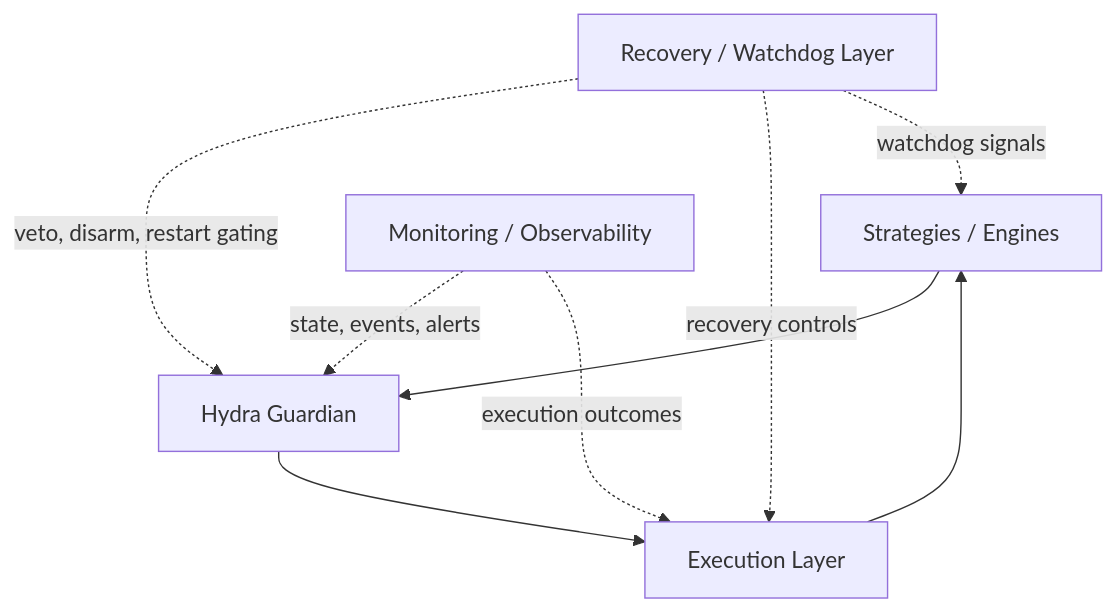
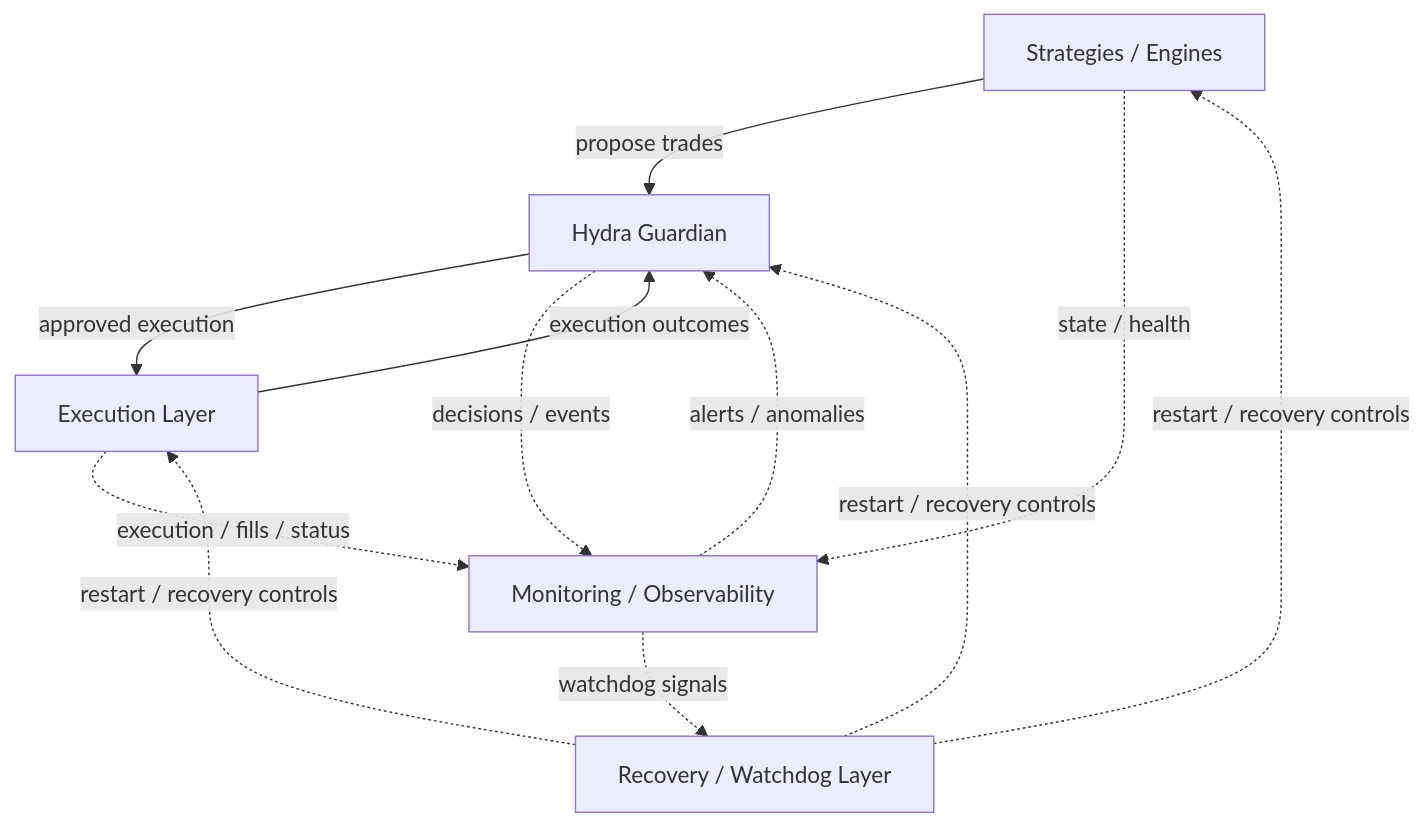
Before and after one commit to HydraSystemsLab/hydra-core: the diagram in README.md, drawn with Mermaid.

Commit message:
docs(core): update public architecture flowchart

````diff
--- a/README.md
+++ b/README.md
@@ -39,17 +39,20 @@
 ```mermaid
-flowchart TB
-    S[Strategies / Engines]
-    G[Hydra Guardian]
-    E[Execution Layer]
+flowchart TD
+    S[Strategies / Engines] -->|propose trades| G[Hydra Guardian]
+    G -->|approved execution| X[Execution Layer]
+    X -->|execution outcomes| G
+
     M[Monitoring / Observability]
     R[Recovery / Watchdog Layer]
 
-    S --> G
-    G --> E
-    E --> S
-    M -. state, events, alerts .-> G
-    M -. execution outcomes .-> E
-    R -. veto, disarm, restart gating .-> G
-    R -. recovery controls .-> E
-    R -. watchdog signals .-> S
+    S -. state / health .-> M
+    G -. decisions / events .-> M
+    X -. execution / fills / status .-> M
+
+    M -. alerts / anomalies .-> G
+    M -. watchdog signals .-> R
+
+    R -. restart / recovery controls .-> S
+    R -. restart / recovery controls .-> G
+    R -. restart / recovery controls .-> X
 ```
````
